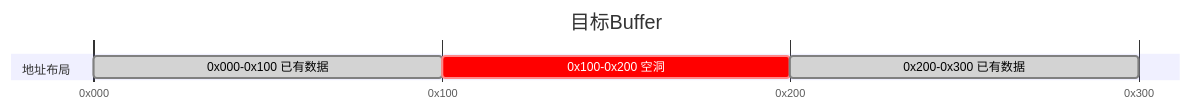
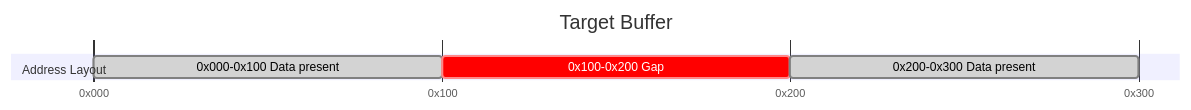
One commit to Atlas-Ascend-Fork/hcomm changed the second of 2 diagrams in test/hccl_vm/docs/faq/modules/checker_faq_en.md. Above: the diagram before and after it, drawn with Mermaid. The commit also changed other lines of this file and 73 other files, not shown here.

````diff
--- a/test/hccl_vm/docs/faq/modules/checker_faq_en.md
+++ b/test/hccl_vm/docs/faq/modules/checker_faq_en.md
@@ -629,18 +629,18 @@
 ```mermaid
 ---
 config:
   gantt:
     displayMode: compact
 ---
 gantt
-    title 目标Buffer
+    title Target Buffer
     dateFormat x
     axisFormat 0x%L
     tickInterval 100millisecond
     todayMarker off
 
-    section 地址布局
-    0x000-0x100 已有数据 :done, blk0, 0, 100ms
-    0x100-0x200 空洞   :crit, hole, 100, 100ms
-    0x200-0x300 已有数据 :done, blk1, 200, 100ms
+    section Address Layout
+    0x000-0x100 Data present :done, blk0, 0, 100ms
+    0x100-0x200 Gap          :crit, hole, 100, 100ms
+    0x200-0x300 Data present :done, blk1, 200, 100ms
 ```
````
